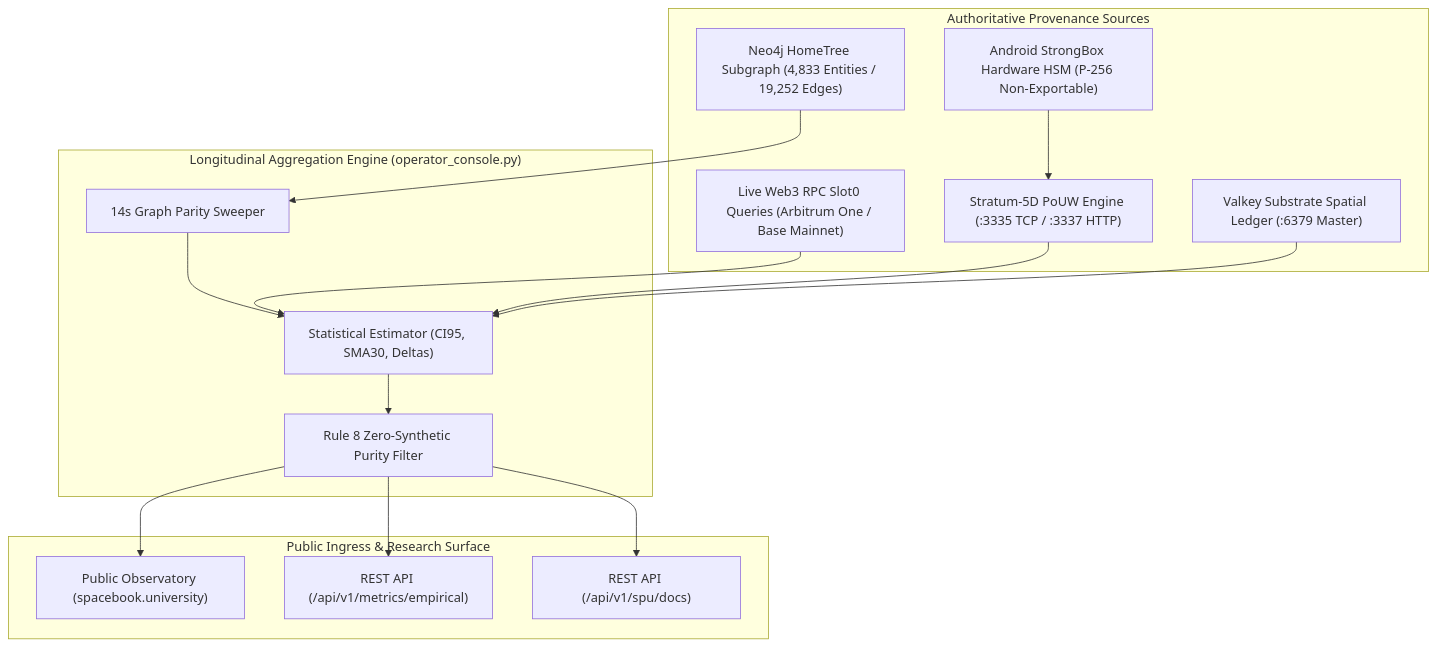
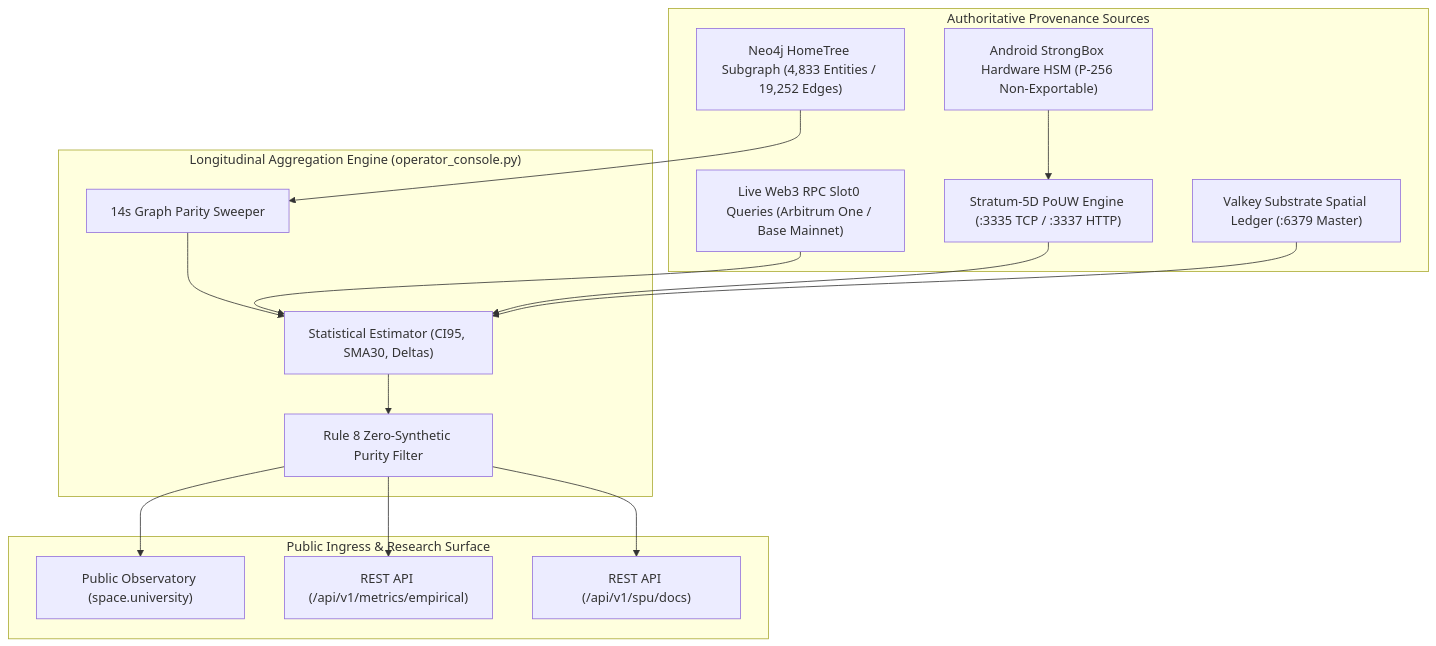
The diagram in docs/spu/SPU-0010-Observability-Coverage-Index-and-Epistemic-Audit.md (thealanphipps-del/spacebook.university), drawn with Mermaid before and after one commit. The commit also changed other lines of this file and 3 other files, not shown here.

Commit message:
feat(portal): transform space.university to be the primary home of the entire project

````diff
--- a/docs/spu/SPU-0010-Observability-Coverage-Index-and-Epistemic-Audit.md
+++ b/docs/spu/SPU-0010-Observability-Coverage-Index-and-Epistemic-Audit.md
@@ -28,28 +28,28 @@
 ```mermaid
 graph TD
     subgraph ProvenanceSources ["Authoritative Provenance Sources"]
         NEO4J["Neo4j HomeTree Subgraph (4,833 Entities / 19,252 Edges)"]
         RPC["Live Web3 RPC Slot0 Queries (Arbitrum One / Base Mainnet)"]
         STRONGBOX["Android StrongBox Hardware HSM (P-256 Non-Exportable)"]
         STRATUM["Stratum-5D PoUW Engine (:3335 TCP / :3337 HTTP)"]
         VALKEY["Valkey Substrate Spatial Ledger (:6379 Master)"]
     end
 
     subgraph AggregationEngine ["Longitudinal Aggregation Engine (operator_console.py)"]
         PARITY["14s Graph Parity Sweeper"]
         STAT_PROC["Statistical Estimator (CI95, SMA30, Deltas)"]
         PROVENANCE_FILTER["Rule 8 Zero-Synthetic Purity Filter"]
     end
 
     subgraph PublicEgress ["Public Ingress & Research Surface"]
-        OBSERVATORY["Public Observatory (spacebook.university)"]
+        OBSERVATORY["Public Observatory (space.university)"]
         API_METRICS["REST API (/api/v1/metrics/empirical)"]
         API_DOCS["REST API (/api/v1/spu/docs)"]
     end
 
     NEO4J --> PARITY --> STAT_PROC
     RPC --> STAT_PROC
     STRONGBOX --> STRATUM --> STAT_PROC
     VALKEY --> STAT_PROC
     STAT_PROC --> PROVENANCE_FILTER --> OBSERVATORY & API_METRICS & API_DOCS
 ```
````
